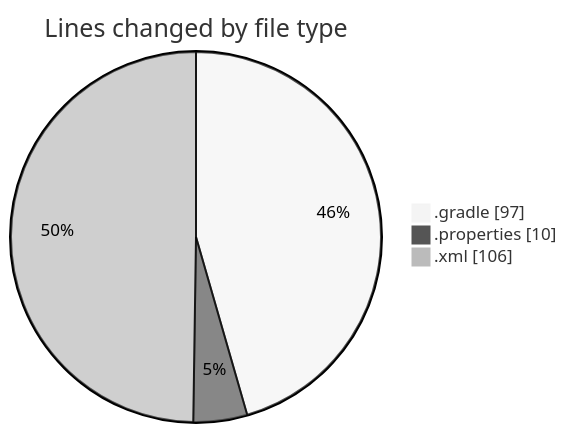
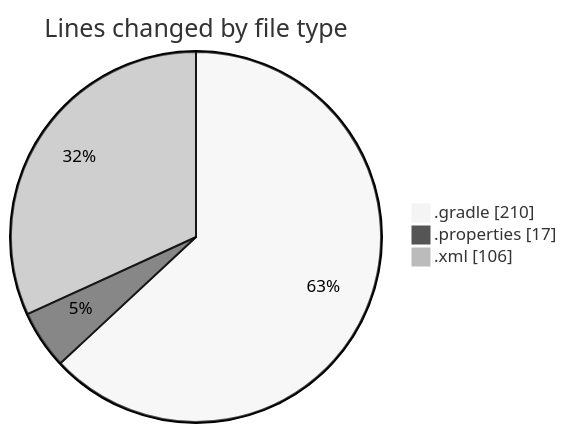
Before and after one commit to donsfak/code-tracking: the first of 2 diagrams in 2025-02-01/maps_clone/README.md, drawn with Mermaid (neutral theme). The commit also changed other lines of this file and 1 other file, not shown here.

````diff
--- a/2025-02-01/maps_clone/README.md
+++ b/2025-02-01/maps_clone/README.md
@@ -25,7 +25,7 @@
 ```mermaid
 pie showData
 title Lines changed by file type
-".gradle" : 97
-".properties" : 10
+".gradle" : 210
+".properties" : 17
 ".xml" : 106
 ```
````
